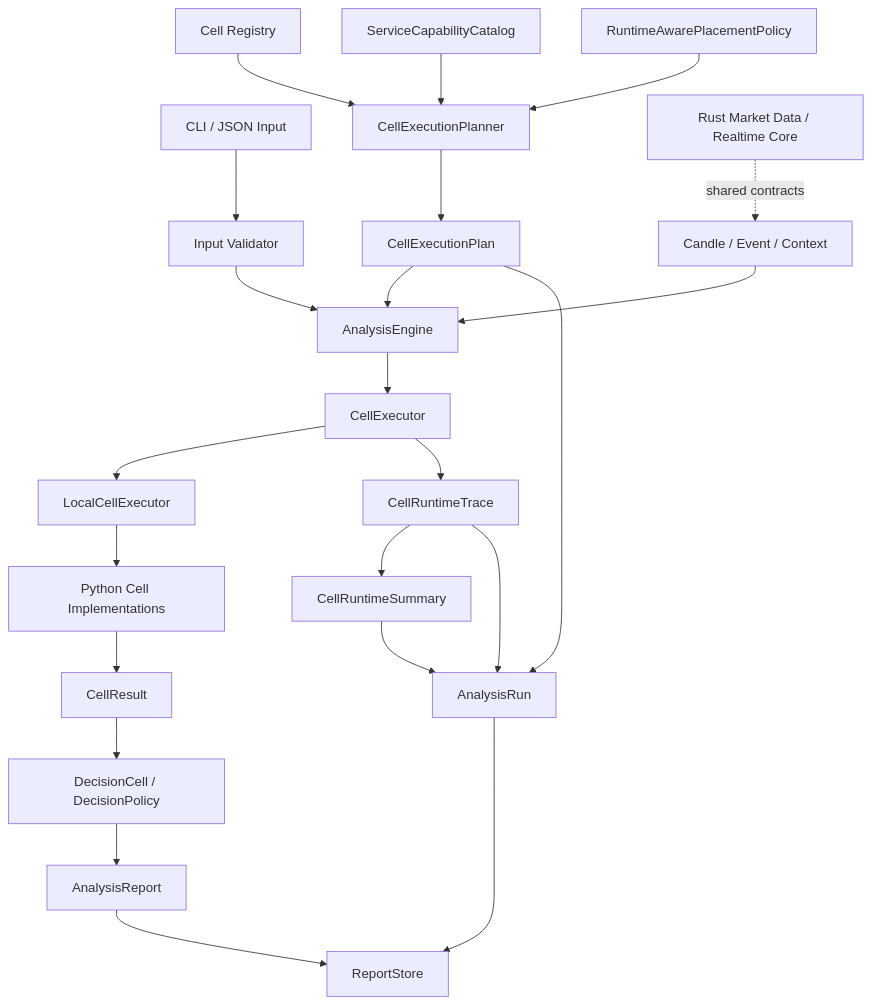
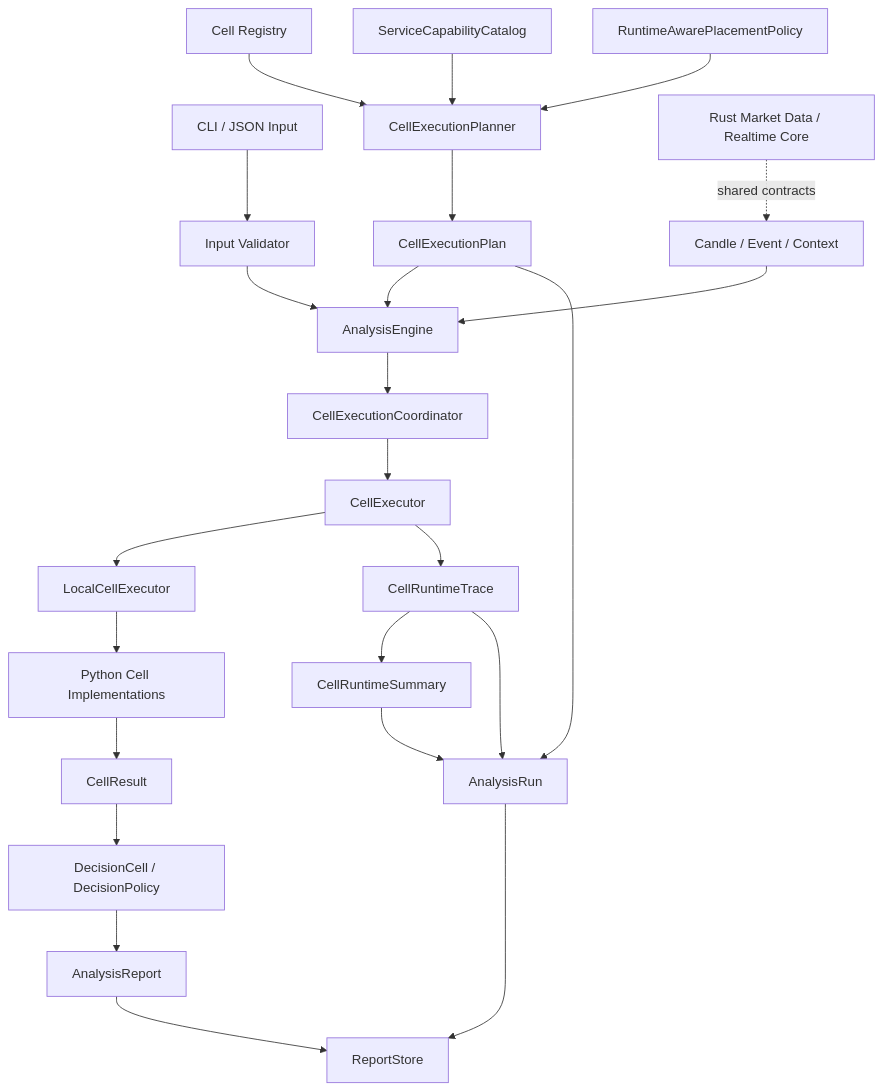
The diagram in docs/system_architecture.md (ModWU/market-cell), drawn with Mermaid before and after one commit. The commit also changed other lines of this file and 24 other files, not shown here.

````diff
--- a/docs/system_architecture.md
+++ b/docs/system_architecture.md
@@ -42,29 +42,30 @@
 ```mermaid
 flowchart TD
     Input["CLI / JSON Input"] --> Validate["Input Validator"]
     Validate --> Engine["AnalysisEngine"]
 
     Registry["Cell Registry"] --> Planner["CellExecutionPlanner"]
     Catalog["ServiceCapabilityCatalog"] --> Planner
     Placement["RuntimeAwarePlacementPolicy"] --> Planner
     Planner --> Plan["CellExecutionPlan"]
     Plan --> Engine
 
-    Engine --> Executor["CellExecutor"]
+    Engine --> Coordinator["CellExecutionCoordinator"]
+    Coordinator --> Executor["CellExecutor"]
     Executor --> Local["LocalCellExecutor"]
     Local --> Cells["Python Cell Implementations"]
     Cells --> Results["CellResult"]
     Results --> Decision["DecisionCell / DecisionPolicy"]
     Decision --> Report["AnalysisReport"]
 
     Executor --> Trace["CellRuntimeTrace"]
     Trace --> Summary["CellRuntimeSummary"]
     Plan --> Run["AnalysisRun"]
     Trace --> Run
     Summary --> Run
     Report --> Store["ReportStore"]
     Run --> Store
 
     Data["Candle / Event / Context"] --> Engine
     Rust["Rust Market Data / Realtime Core"] -. shared contracts .-> Data
 ```
````
